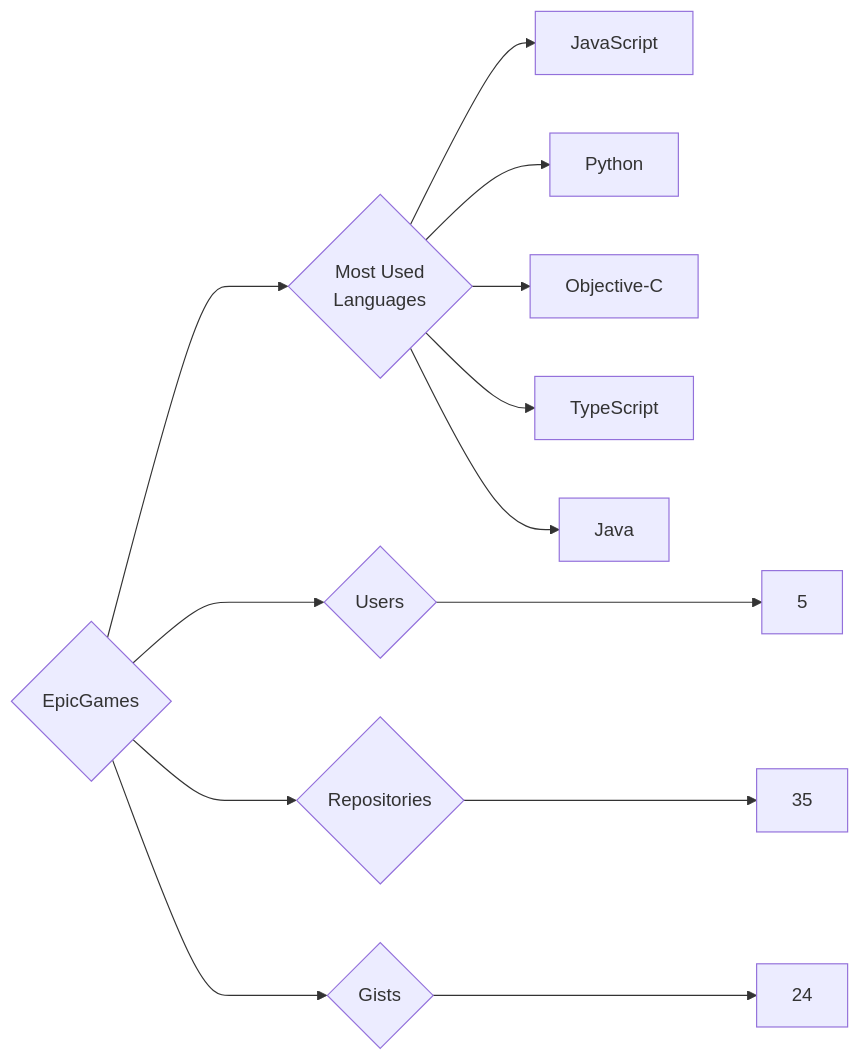
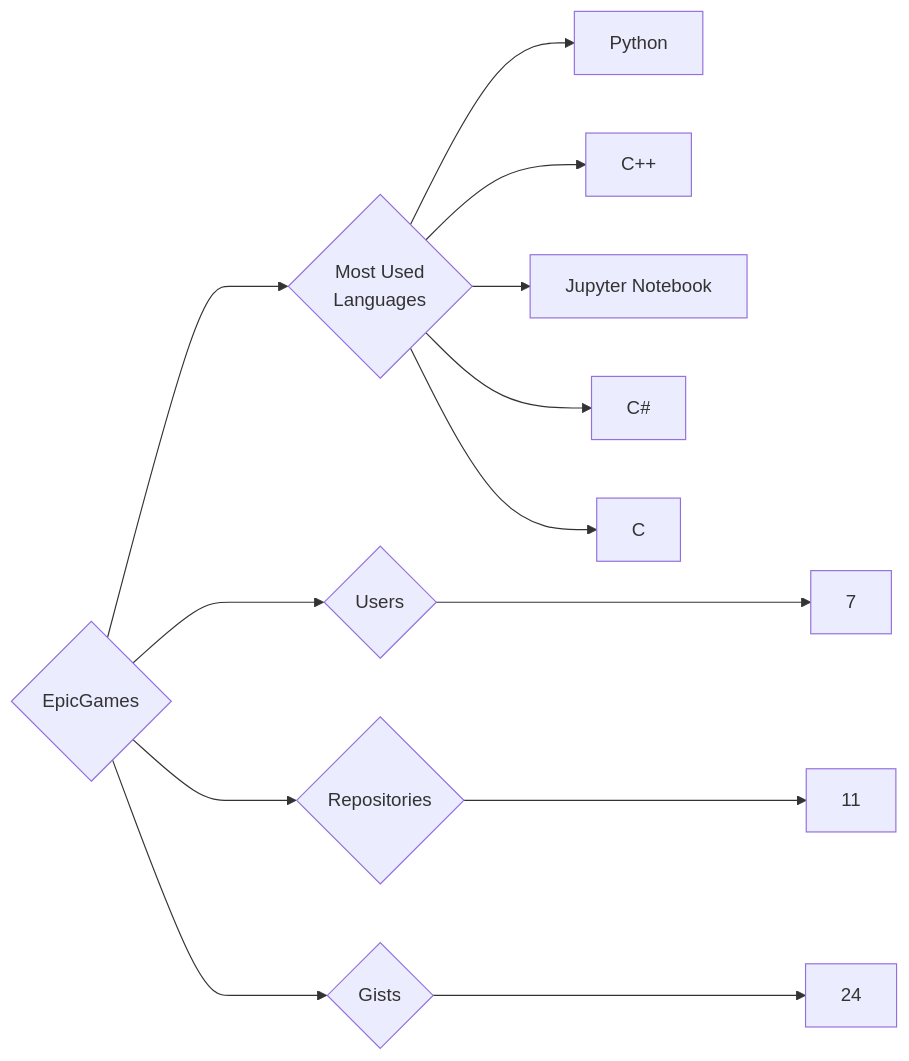
Before and after one commit to trickest/insiders: the diagram in targets/EpicGames/README.md, drawn with Mermaid. The commit also changed 912 other files, not shown here.

````diff
--- a/targets/EpicGames/README.md
+++ b/targets/EpicGames/README.md
@@ -3,13 +3,13 @@
 ```mermaid
 graph LR
 COMPANY_NAME{EpicGames}
-COMPANY_NAME ---> U{Users} ---> UN[5]
-COMPANY_NAME ---> R{Repositories} ---> RN[35]
+COMPANY_NAME ---> U{Users} ---> UN[7]
+COMPANY_NAME ---> R{Repositories} ---> RN[11]
 COMPANY_NAME ---> G{Gists} ---> GN[24]
 COMPANY_NAME ---> ML{Most Used<br>Languages}
-ML --> JavaScript[JavaScript]
 ML --> Python[Python]
-ML --> Objective-C[Objective-C]
-ML --> TypeScript[TypeScript]
-ML --> Java[Java]
+ML --> C++[C++]
+ML --> Jupyter_Notebook[Jupyter Notebook]
+ML --> C#[C#]
+ML --> C[C]
 ```
````
